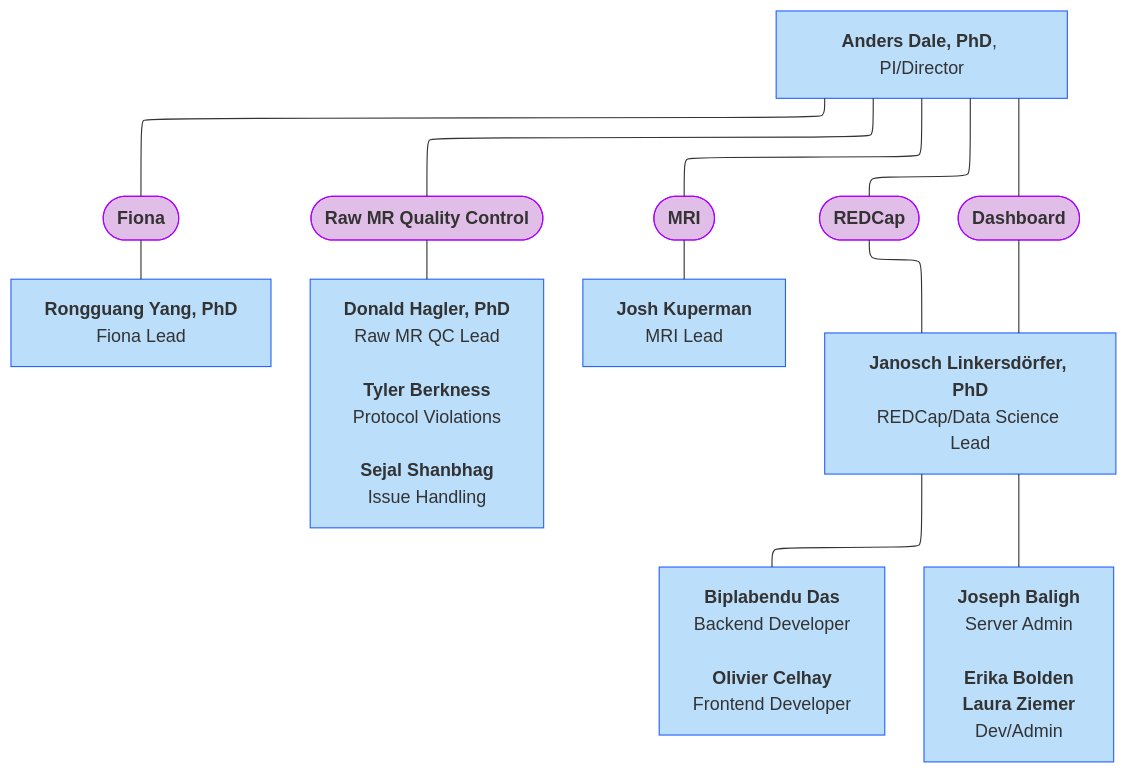
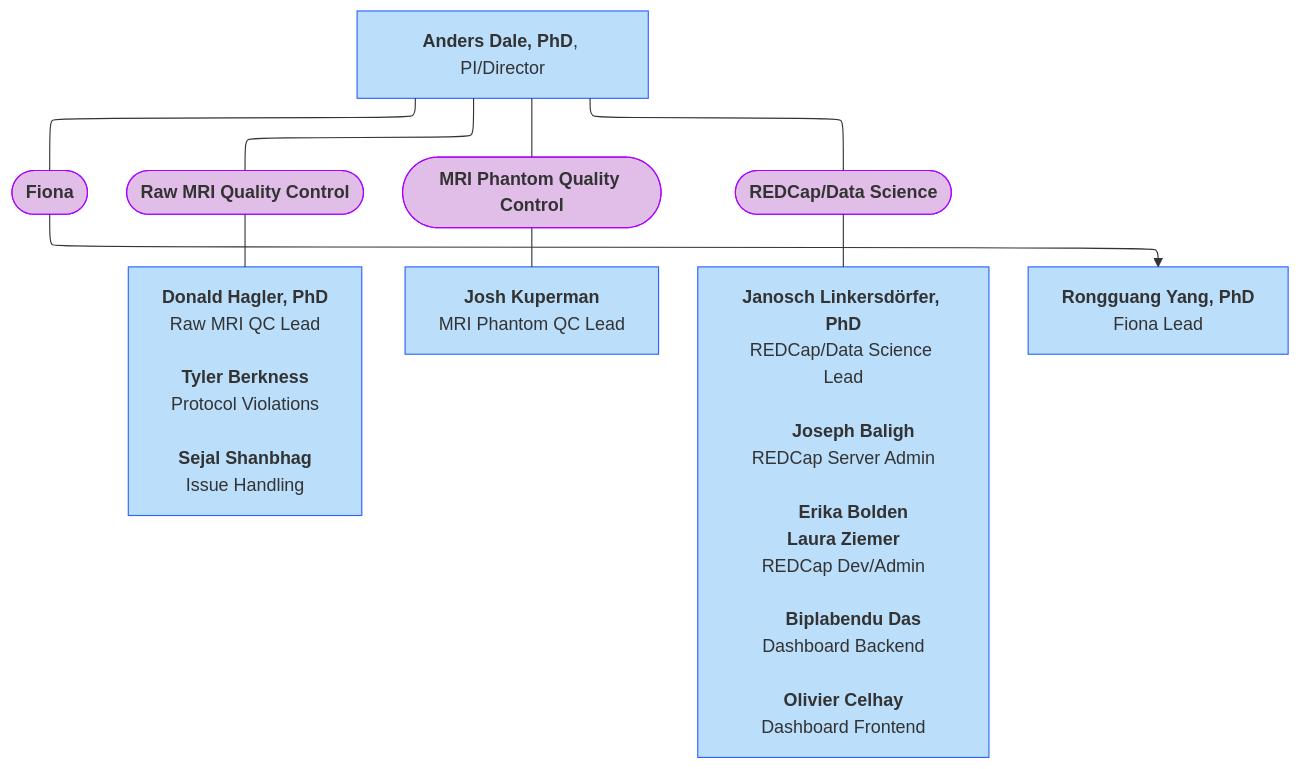
Before and after one commit to DCAN-Labs/hbcd-docs-internal: the eighth of 10 diagrams in docs/orgcharts.md, drawn with Mermaid.

Commit message:
update JCVI specifying MRI roles

````diff
--- a/docs/orgcharts.md
+++ b/docs/orgcharts.md
@@ -411,26 +411,27 @@
 ```mermaid
 ---
 config:
   layout: elk
 ---
 flowchart TB
-    A["<b>Anders Dale, PhD</b>, PI/Director"] --- n1(["<b>Fiona</b>"]) & n2(["<b>Raw MR Quality Control</b>"]) & n3(["<b>MRI</b>"]) & n6(["<b>REDCap</b>"]) & n15(["<b>Dashboard</b>"])
-    n1 --- n8["<b>Rongguang Yang, PhD</b><br>Fiona Lead"]
-    n2 --- n9["<b>Donald Hagler, PhD</b><br>Raw MR QC Lead<br><br><b>Tyler Berkness</b><br>Protocol Violations<br><br><b>Sejal Shanbhag</b><br>Issue Handling"]
-    n3 --- n10["<b>Josh Kuperman</b><br>MRI Lead"]
-    n6 --- n4["<b>Janosch Linkersdörfer, PhD</b><br>REDCap/Data Science Lead"]
-    n15 --- n4
-    n4 --- n17["<b>Biplabendu Das</b><br>Backend Developer<br><br><b>Olivier Celhay</b><br>Frontend Developer"] & n18["<b>Joseph Baligh</b><br>Server Admin<br><br><b>Erika Bolden<br>Laura Ziemer</b><br>Dev/Admin"]
+    A["<b>Anders Dale, PhD</b>, PI/Director"] --- z(["<b>Fiona</b>"])
+    A --- n2(["<b>Raw MRI Quality Control</b>"])
+    A --- n3(["<b>MRI Phantom Quality Control</b>"])
+    A --- n6(["<b>REDCap/Data Science</b>"])
+    n2 --- n9["<b>Donald Hagler, PhD</b><br>Raw MRI QC Lead<br><br><b>Tyler Berkness</b><br>Protocol Violations<br><br><b>Sejal Shanbhag</b><br>Issue Handling"]
+    n3 --- n10["<b>Josh Kuperman</b><br>MRI Phantom QC Lead"]
+    n6 --- n4["<b>Janosch Linkersdörfer, PhD</b><br>REDCap/Data Science Lead<br>
+    <b>Joseph Baligh</b><br>REDCap Server Admin<br>
+    <b>Erika Bolden<br>Laura Ziemer</b><br>REDCap Dev/Admin<b><br>
+    Biplabendu Das</b><br>Dashboard Backend<br><br><b>Olivier Celhay</b><br>Dashboard Frontend"]
+    z --> n8["<b>Rongguang Yang, PhD</b><br>Fiona Lead"]
     style A fill:#BBDEFB,stroke:#2962FF
-    style n1 fill:#E1BEE7,stroke:#AA00FF
+    style z fill:#E1BEE7,stroke:#AA00FF
     style n2 fill:#E1BEE7,stroke:#AA00FF
     style n3 fill:#E1BEE7,stroke:#AA00FF
     style n6 fill:#E1BEE7,stroke:#AA00FF
-    style n15 fill:#E1BEE7,stroke:#AA00FF
     style n8 fill:#BBDEFB,stroke:#2962FF
     style n9 fill:#BBDEFB,stroke:#2962FF
     style n10 fill:#BBDEFB,stroke:#2962FF
     style n4 fill:#BBDEFB,stroke:#2962FF
-    style n17 fill:#BBDEFB,stroke:#2962FF
-    style n18 fill:#BBDEFB,stroke:#2962FF
 ```
````
